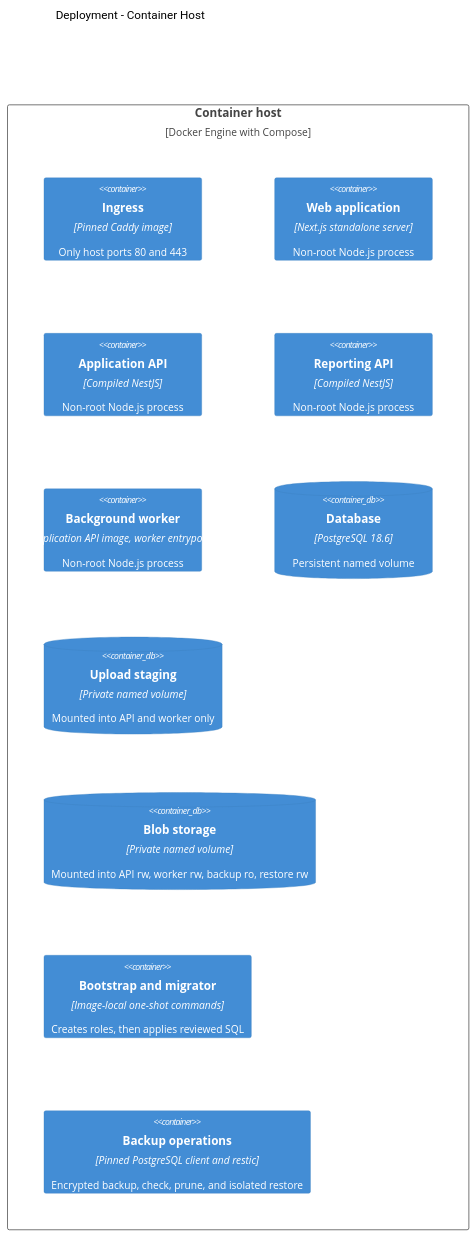
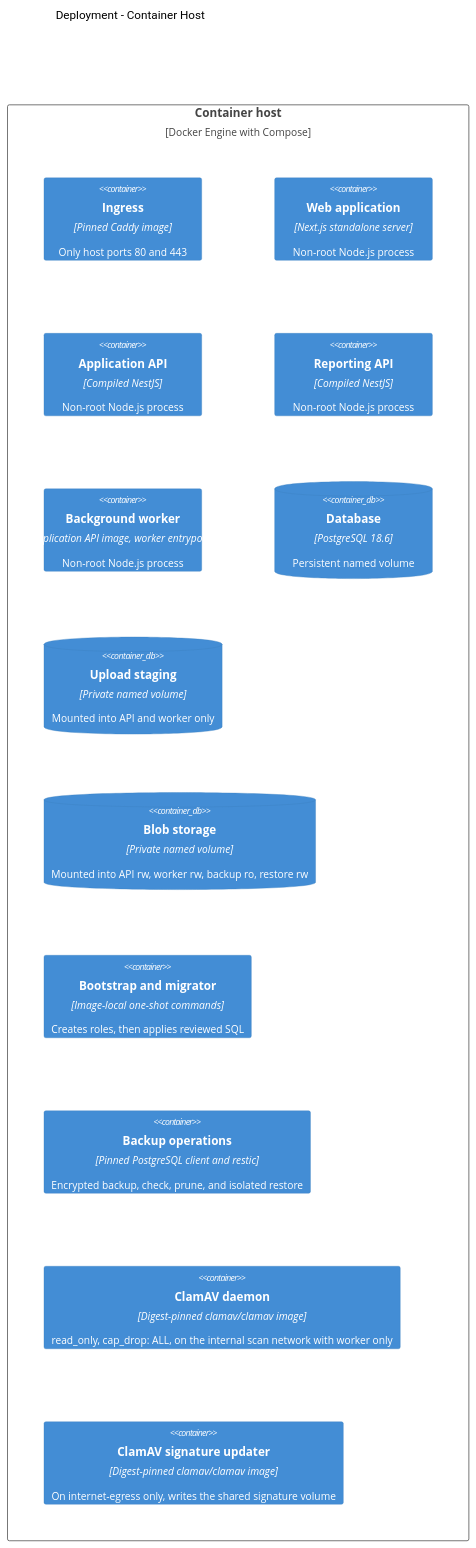
The fourth of 4 diagrams in ARCHITECTURE.md (hlebtkachenko/analytics), drawn with Mermaid (neutral theme) before and after one commit. The commit also changed other lines of this file and 72 other files, not shown here.

````diff
--- a/ARCHITECTURE.md
+++ b/ARCHITECTURE.md
@@ -232,17 +251,19 @@
 ```mermaid
 C4Deployment
   title Deployment - Container Host
 
   Deployment_Node(host, "Container host", "Docker Engine with Compose") {
     Container(caddy, "Ingress", "Pinned Caddy image", "Only host ports 80 and 443")
     Container(web, "Web application", "Next.js standalone server", "Non-root Node.js process")
     Container(api, "Application API", "Compiled NestJS", "Non-root Node.js process")
     Container(reporting, "Reporting API", "Compiled NestJS", "Non-root Node.js process")
     Container(worker, "Background worker", "Application API image, worker entrypoint", "Non-root Node.js process")
     ContainerDb(database, "Database", "PostgreSQL 18.6", "Persistent named volume")
     ContainerDb(staging, "Upload staging", "Private named volume", "Mounted into API and worker only")
     ContainerDb(blobs, "Blob storage", "Private named volume", "Mounted into API rw, worker rw, backup ro, restore rw")
     Container(bootstrap, "Bootstrap and migrator", "Image-local one-shot commands", "Creates roles, then applies reviewed SQL")
     Container(backup, "Backup operations", "Pinned PostgreSQL client and restic", "Encrypted backup, check, prune, and isolated restore")
+    Container(clamd, "ClamAV daemon", "Digest-pinned clamav/clamav image", "read_only, cap_drop: ALL, on the internal scan network with worker only")
+    Container(freshclam, "ClamAV signature updater", "Digest-pinned clamav/clamav image", "On internet-egress only, writes the shared signature volume")
   }
 ```
````
